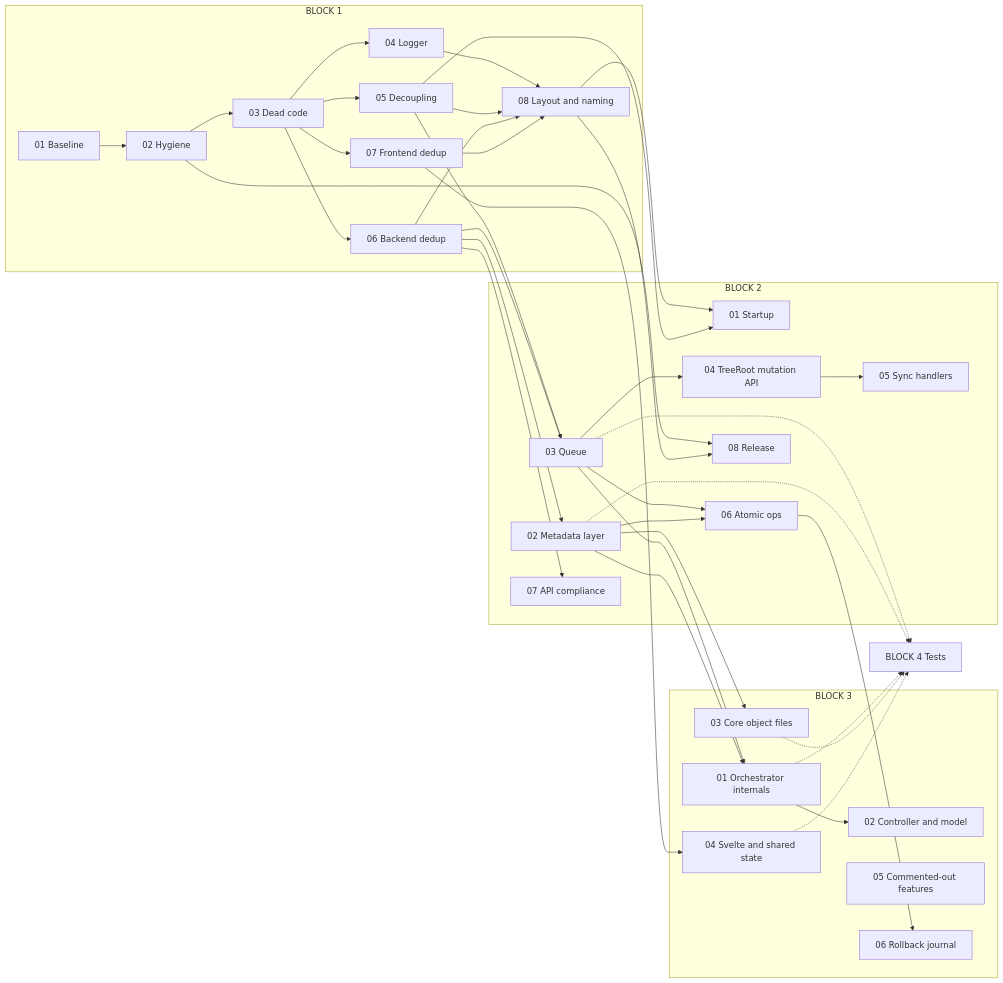
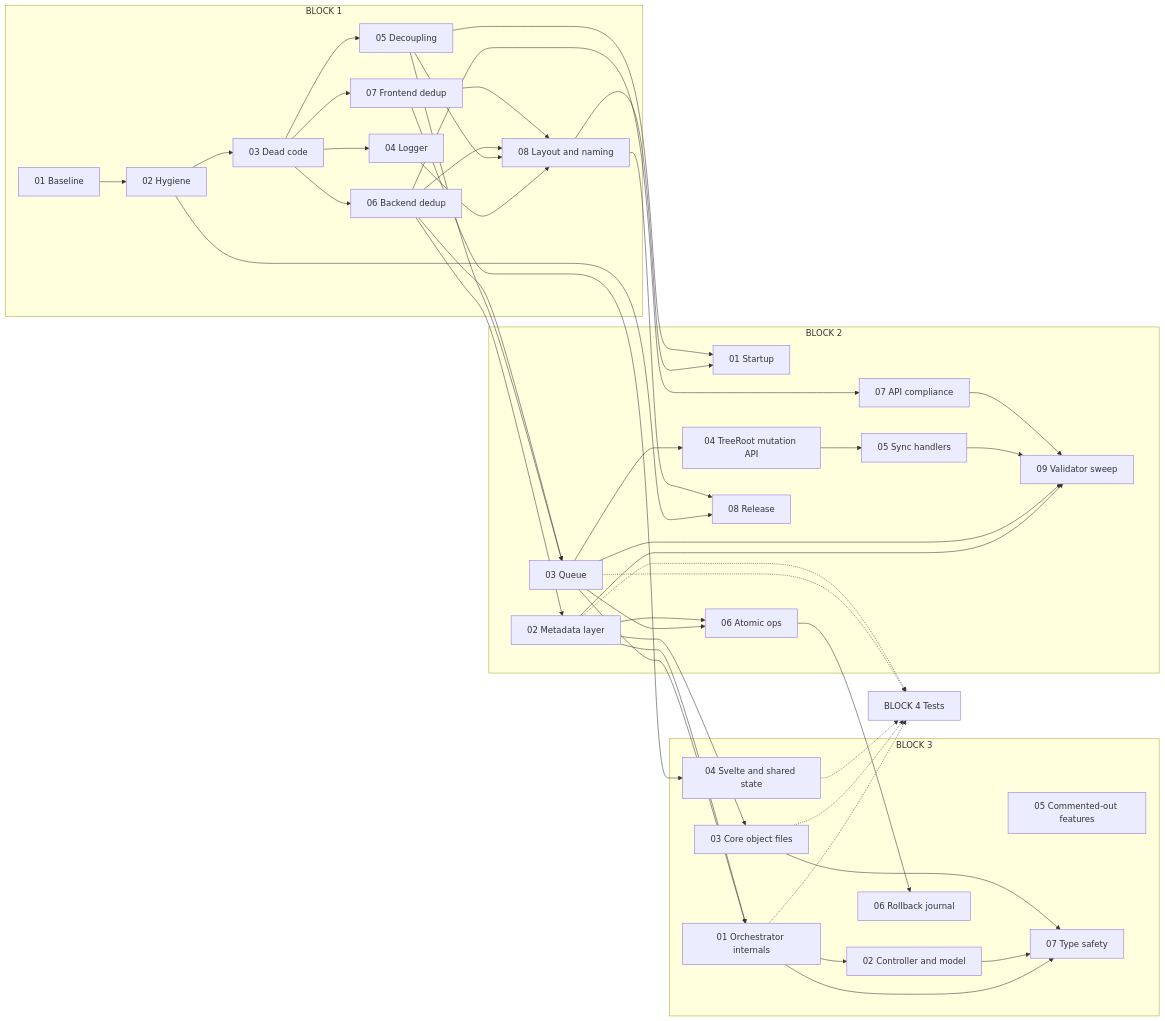
Before and after one commit to semisenioritis/Tag-Folder-Explorer: the second of 2 diagrams in codebase_plan/00_architecture_and_roadmap.md, drawn with Mermaid. The commit also changed other lines of this file and 9 other files, not shown here.

````diff
--- a/codebase_plan/00_architecture_and_roadmap.md
+++ b/codebase_plan/00_architecture_and_roadmap.md
@@ -255,49 +257,53 @@
 ```mermaid
 flowchart LR
   subgraph B1["BLOCK 1"]
     A[01 Baseline] --> B[02 Hygiene]
     B --> C[03 Dead code]
     C --> D[04 Logger]
     C --> E[05 Decoupling]
     C --> F[06 Backend dedup]
     C --> G[07 Frontend dedup]
     D & E & F & G --> H[08 Layout and naming]
   end
   subgraph B2["BLOCK 2"]
     I[01 Startup]
     J[02 Metadata layer]
     K[03 Queue]
     L0[04 TreeRoot mutation API]
     L[05 Sync handlers]
     M[06 Atomic ops]
     N[07 API compliance]
     O[08 Release]
+    O2[09 Validator sweep]
   end
   subgraph B3["BLOCK 3"]
     P[01 Orchestrator internals]
     Q[02 Controller and model]
     R[03 Core object files]
     S[04 Svelte and shared state]
     T1[05 Commented-out features]
     T2[06 Rollback journal]
+    T3[07 Type safety]
   end
   U[BLOCK 4 Tests]
   H --> I
   E --> I
   F --> J
   E --> K
   F --> K
   K --> L0 --> L
   K --> M
   J --> M
   F --> N
   B --> O
   H --> O
   K --> P
   J --> P
   P --> Q
   J --> R
   G --> S
   M --> T2
+  J & K & L & N --> O2
+  P & Q & R --> T3
   K & J & P & R & S -.-> U
 ```
````
